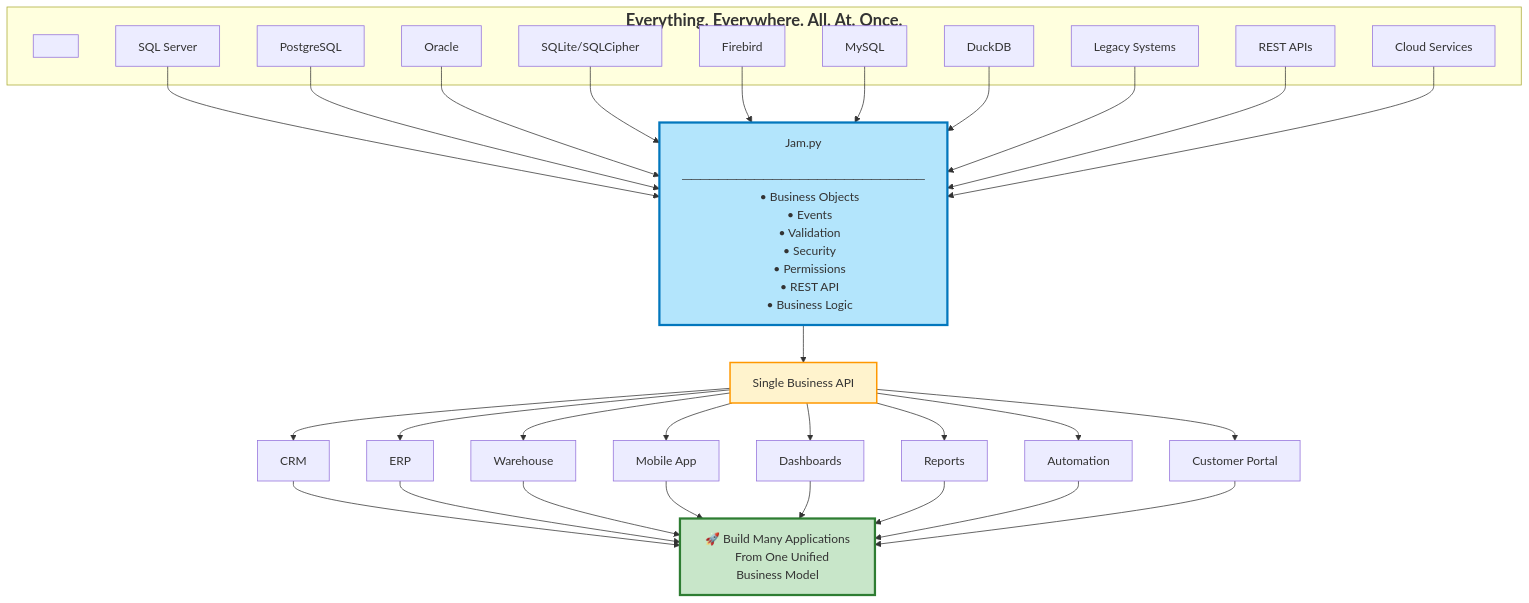
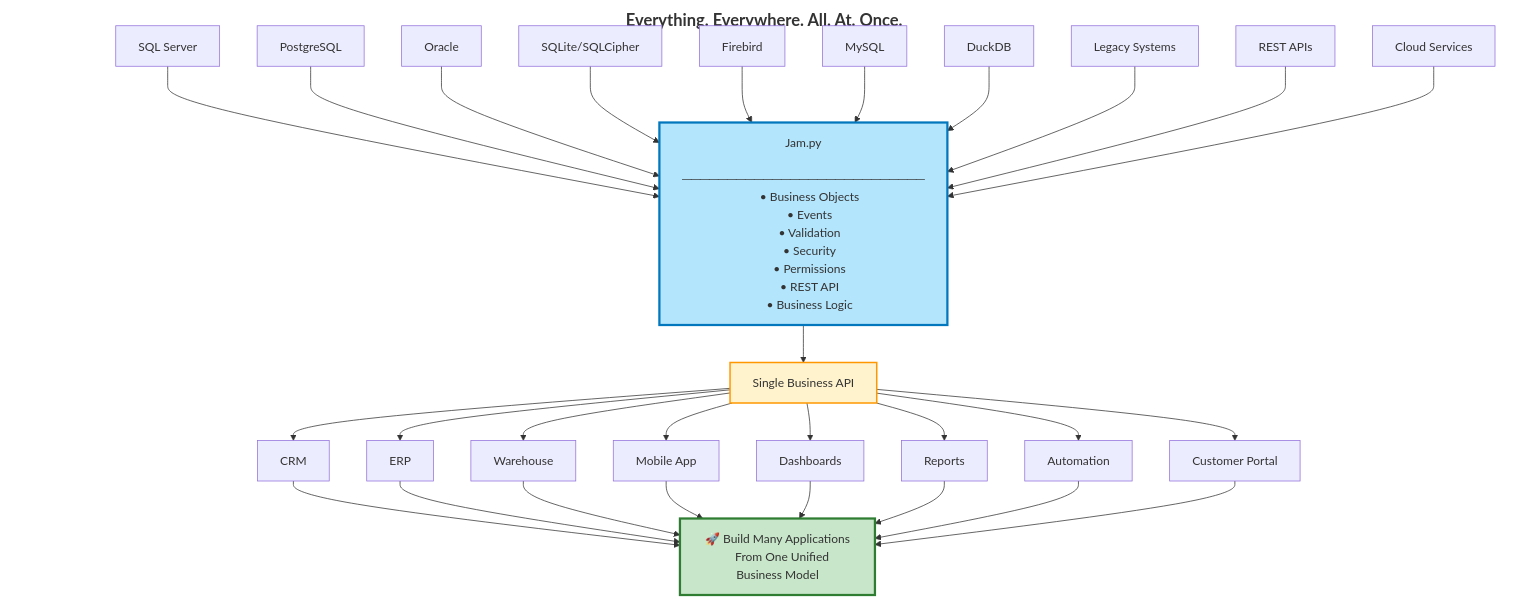
Before and after one commit to Nurb4000/jam-py-v7: the diagram in README.md, drawn with Mermaid.

````diff
--- a/README.md
+++ b/README.md
@@ -15,66 +15,68 @@
 ```mermaid
 flowchart TD
 
     subgraph DATA["<span style='font-size:22px'><b>Everything. Everywhere. All. At. Once.</b></span>"]
     SPACE[" "]
 
         A1["SQL Server"]
         A2["PostgreSQL"]
         A3["Oracle"]
         A4["SQLite/SQLCipher"]
         A5["Firebird"]
         A6["MySQL"]
         A7["DuckDB"]
         A8["Legacy Systems"]
         A9["REST APIs"]
         A10["Cloud Services"]
     end
 
     A1 --> J
     A2 --> J
     A3 --> J
     A4 --> J
     A5 --> J
     A6 --> J
     A7 --> J
     A8 --> J
     A9 --> J
     A10 --> J
 
     J["Jam.py
     ───────────────────────────
     • Business Objects
     • Events
     • Validation
     • Security
     • Permissions
     • REST API
     • Business Logic"]
 
     J --> API["Single Business API"]
 
     API --> APP1["CRM"]
     API --> APP2["ERP"]
     API --> APP3["Warehouse"]
     API --> APP4["Mobile App"]
     API --> APP5["Dashboards"]
     API --> APP6["Reports"]
     API --> APP7["Automation"]
     API --> APP8["Customer Portal"]
 
     APP1 --> VALUE
     APP2 --> VALUE
     APP3 --> VALUE
     APP4 --> VALUE
     APP5 --> VALUE
     APP6 --> VALUE
     APP7 --> VALUE
     APP8 --> VALUE
 
     VALUE["🚀 Build Many Applications
     From One Unified Business Model"]
 
     style J fill:#b3e5fc,stroke:#0277bd,stroke-width:3px
     style API fill:#fff3cd,stroke:#ff9800,stroke-width:2px
     style VALUE fill:#c8e6c9,stroke:#2e7d32,stroke-width:3px
+    style DATA fill:none,stroke:none
+    style SPACE fill:none,stroke:none
 ```
````
